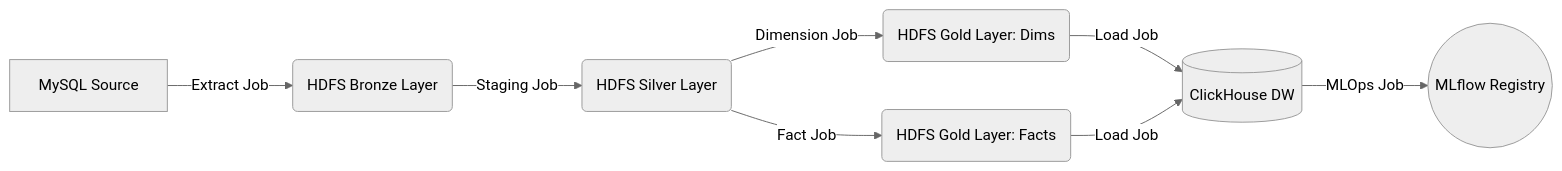
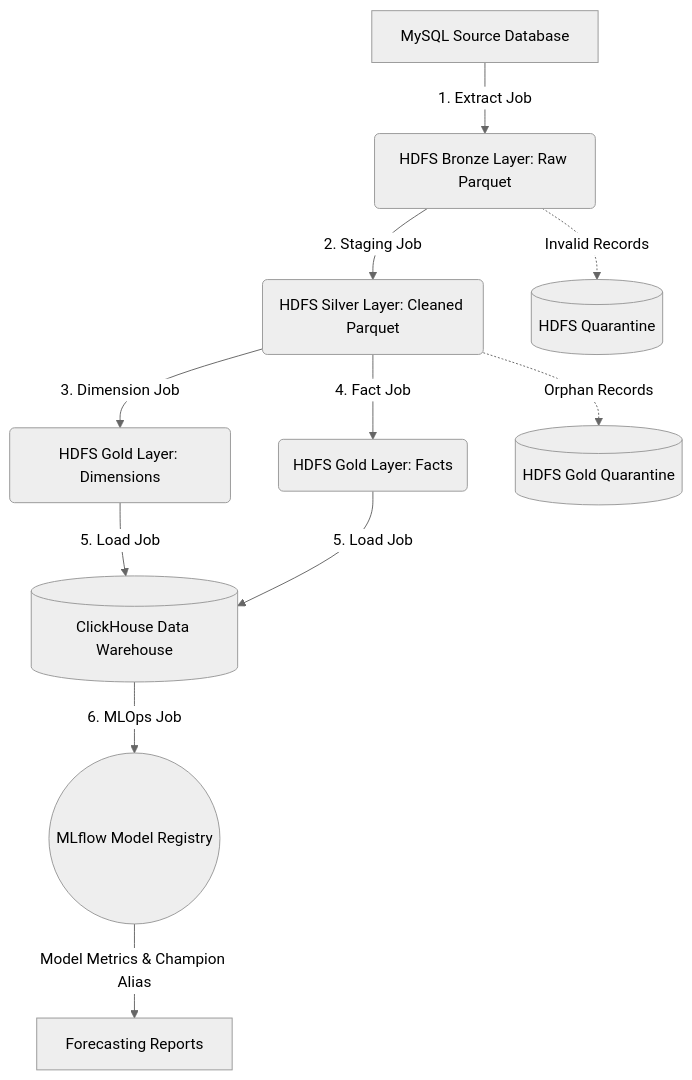
One commit to vietanhlee/ETL_hospital changed the diagram in docs/ETL_BUSINESS_LOGIC.md. Above: the diagram before and after it, drawn with Mermaid (neutral theme). The commit also changed other lines of this file and 2 other files, not shown here.

Commit message:
docs: add technical documentation for ETL business logic and pipeline architecture with visual assets

````diff
--- a/docs/ETL_BUSINESS_LOGIC.md
+++ b/docs/ETL_BUSINESS_LOGIC.md
@@ -9,10 +11,17 @@
 ```mermaid
-graph LR
-    A[MySQL Source] -->|Extract Job| B(HDFS Bronze Layer)
-    B -->|Staging Job| C(HDFS Silver Layer)
-    C -->|Dimension Job| D(HDFS Gold Layer: Dims)
-    C -->|Fact Job| E(HDFS Gold Layer: Facts)
-    D -->|Load Job| F[(ClickHouse DW)]
-    E -->|Load Job| F
-    F -->|MLOps Job| G((MLflow Registry))
+graph TD
+    A[MySQL Source Database] -->|1. Extract Job| B(HDFS Bronze Layer: Raw Parquet)
+    B -->|2. Staging Job| C(HDFS Silver Layer: Cleaned Parquet)
+    C -->|3. Dimension Job| D(HDFS Gold Layer: Dimensions)
+    C -->|4. Fact Job| E(HDFS Gold Layer: Facts)
+    
+    %% Quarantine Flow %%
+    B -.->|Invalid Records| Q1[(HDFS Quarantine)]
+    C -.->|Orphan Records| Q2[(HDFS Gold Quarantine)]
+    
+    D -->|5. Load Job| F[(ClickHouse Data Warehouse)]
+    E -->|5. Load Job| F
+    
+    F -->|6. MLOps Job| G((MLflow Model Registry))
+    G -->|Model Metrics & Champion Alias| H[Forecasting Reports]
 ```
````
